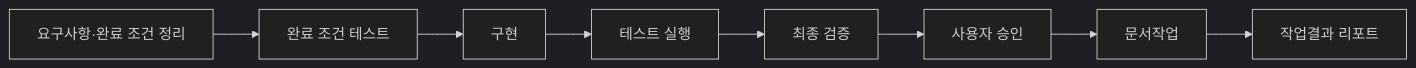
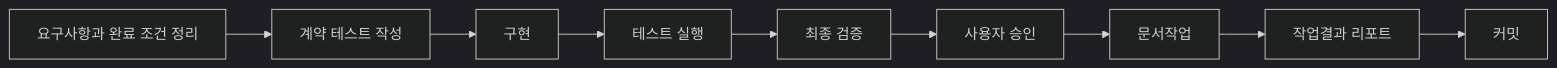
The diagram in README.md (kim-svadoz/sugo), drawn with Mermaid (dark theme) before and after one commit. The commit also changed other lines of this file and 1 other file, not shown here.

````diff
--- a/README.md
+++ b/README.md
@@ -72,4 +72,4 @@
 ```mermaid
 flowchart LR
-    A[요구사항·완료 조건 정리] --> B[완료 조건 테스트] --> C[구현] --> D[테스트 실행] --> E[최종 검증] --> F[사용자 승인] --> G[문서작업] --> H[작업결과 리포트]
+    A[요구사항과 완료 조건 정리] --> B[계약 테스트 작성] --> C[구현] --> D[테스트 실행] --> E[최종 검증] --> F[사용자 승인] --> G[문서작업] --> H[작업결과 리포트] --> I[커밋]
 ```
````
